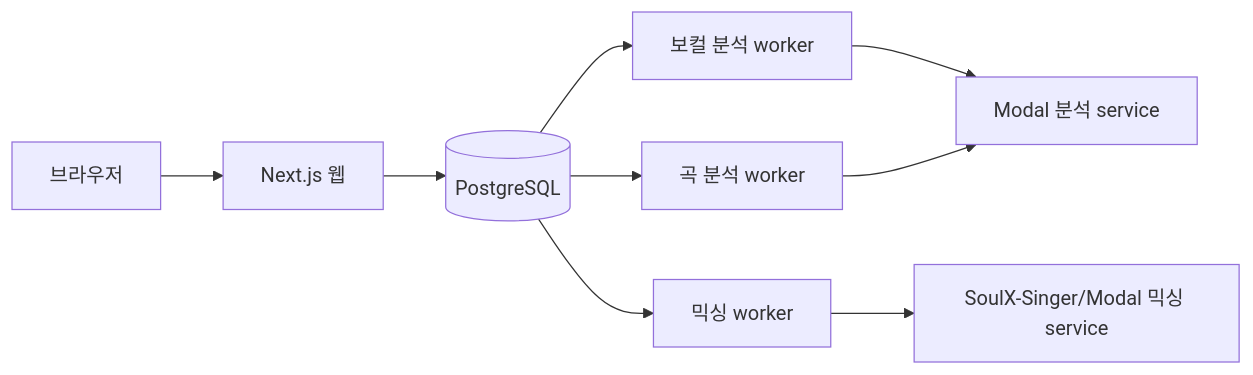
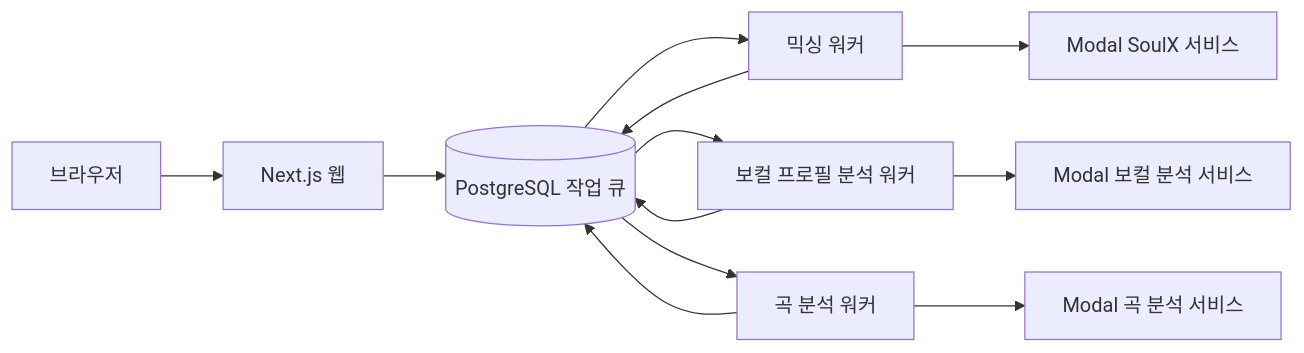
One commit to leey00nsu/copy-singer changed the diagram in openwiki/quickstart.md. Above: the diagram before and after it, drawn with Mermaid. The commit also changed other lines of this file and 42 other files, not shown here.

````diff
--- a/openwiki/quickstart.md
+++ b/openwiki/quickstart.md
@@ -86,11 +56,14 @@
 ```mermaid
 flowchart LR
-    B[브라우저] --> W[Next.js 웹]
-    W --> DB[(PostgreSQL)]
-    DB --> V[보컬 분석 worker]
-    DB --> S[곡 분석 worker]
-    DB --> M[믹싱 worker]
-    V --> A[Modal 분석 service]
-    S --> A
-    M --> X[SoulX-Singer/Modal 믹싱 service]
+  Browser[브라우저] --> Web[Next.js 웹]
+  Web --> Queue[(PostgreSQL 작업 큐)]
+  Queue --> Mixing[믹싱 워커]
+  Queue --> Vocal[보컬 프로필 분석 워커]
+  Queue --> Song[곡 분석 워커]
+  Mixing --> Modal[Modal SoulX 서비스]
+  Song --> Analyzer[Modal 곡 분석 서비스]
+  Vocal --> VocalAnalyzer[Modal 보컬 분석 서비스]
+  Mixing --> Queue
+  Song --> Queue
+  Vocal --> Queue
 ```
````
